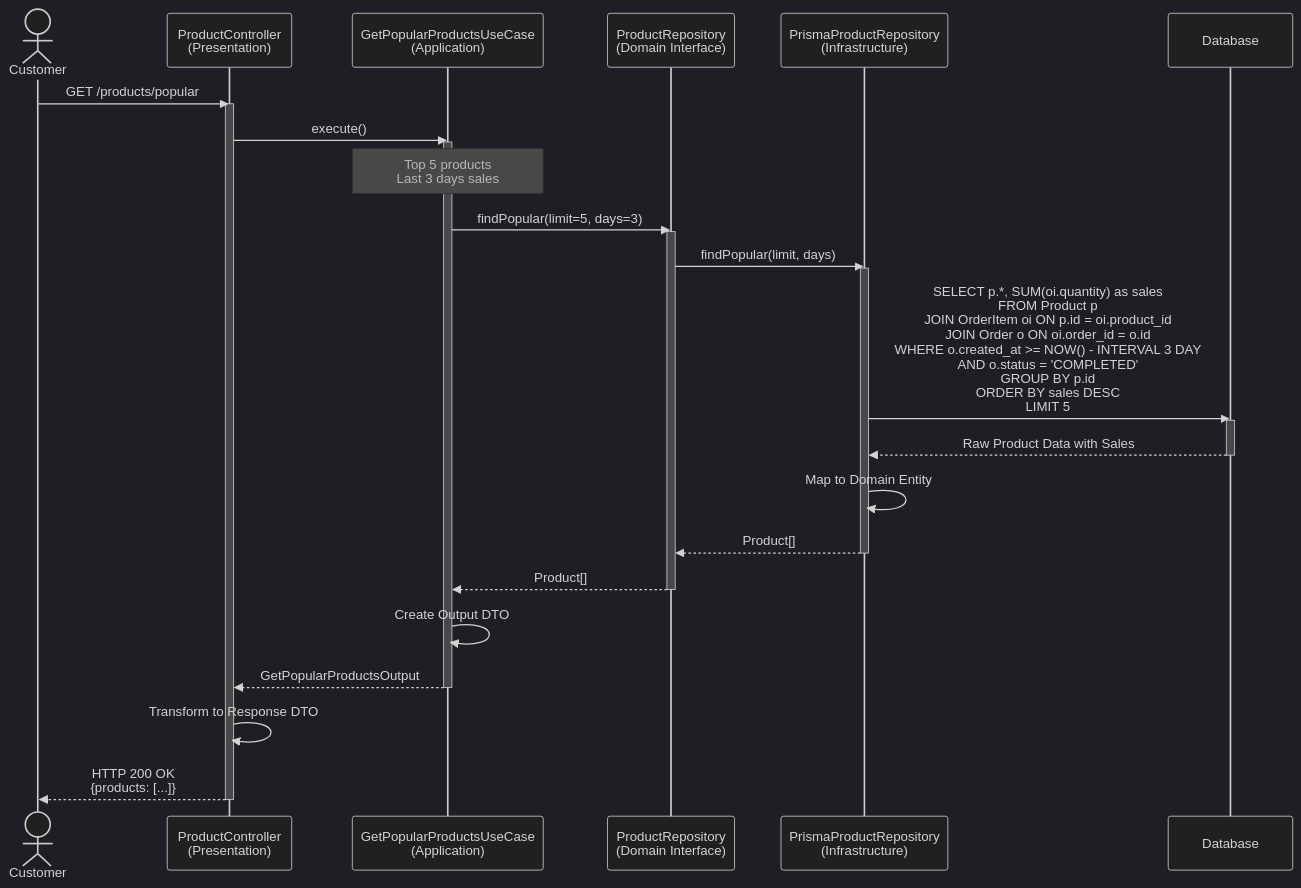
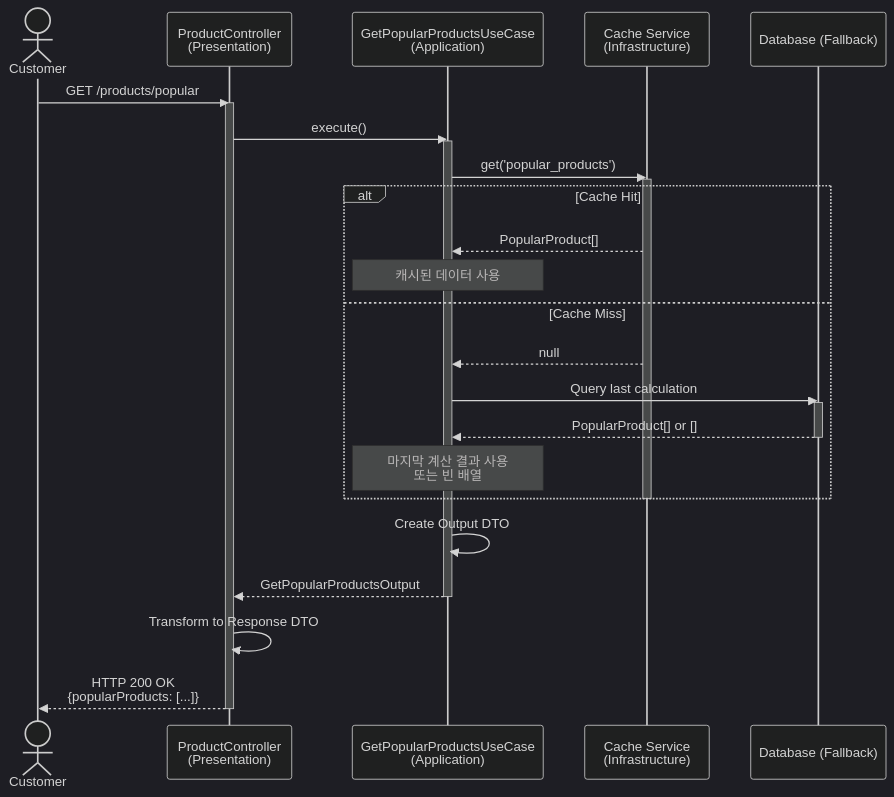
One commit to ywj3493/hhplus-e-commerce changed the third of 5 diagrams in docs/dev/dashboard/product/sequence-diagrams.md. Above: the diagram before and after it, drawn with Mermaid (dark theme). The commit also changed other lines of this file and 2 other files, not shown here.

First line of the commit message:
docs: update product domain documentation for Issue #007

````diff
--- a/docs/dev/dashboard/product/sequence-diagrams.md
+++ b/docs/dev/dashboard/product/sequence-diagrams.md
@@ -655,42 +503,38 @@
 ```mermaid
 sequenceDiagram
     actor Customer
     participant Controller as ProductController<br/>(Presentation)
     participant UseCase as GetPopularProductsUseCase<br/>(Application)
-    participant Repository as ProductRepository<br/>(Domain Interface)
-    participant RepositoryImpl as PrismaProductRepository<br/>(Infrastructure)
-    participant DB as Database
+    participant Cache as Cache Service<br/>(Infrastructure)
+    participant DB as Database (Fallback)
 
     Customer->>Controller: GET /products/popular
     activate Controller
 
     Controller->>UseCase: execute()
     activate UseCase
-    Note over UseCase: Top 5 products<br/>Last 3 days sales
 
-    UseCase->>Repository: findPopular(limit=5, days=3)
-    activate Repository
+    UseCase->>Cache: get('popular_products')
+    activate Cache
 
-    Repository->>RepositoryImpl: findPopular(limit, days)
-    activate RepositoryImpl
-
-    RepositoryImpl->>DB: SELECT p.*, SUM(oi.quantity) as sales<br/>FROM Product p<br/>JOIN OrderItem oi ON p.id = oi.product_id<br/>JOIN Order o ON oi.order_id = o.id<br/>WHERE o.created_at >= NOW() - INTERVAL 3 DAY<br/>AND o.status = 'COMPLETED'<br/>GROUP BY p.id<br/>ORDER BY sales DESC<br/>LIMIT 5
-    activate DB
-    DB-->>RepositoryImpl: Raw Product Data with Sales
-    deactivate DB
-
-    RepositoryImpl->>RepositoryImpl: Map to Domain Entity
-    RepositoryImpl-->>Repository: Product[]
-    deactivate RepositoryImpl
-
-    Repository-->>UseCase: Product[]
-    deactivate Repository
+    alt Cache Hit
+        Cache-->>UseCase: PopularProduct[]
+        Note over UseCase: 캐시된 데이터 사용
+    else Cache Miss
+        Cache-->>UseCase: null
+        UseCase->>DB: Query last calculation
+        activate DB
+        DB-->>UseCase: PopularProduct[] or []
+        deactivate DB
+        Note over UseCase: 마지막 계산 결과 사용<br/>또는 빈 배열
+    end
+    deactivate Cache
 
     UseCase->>UseCase: Create Output DTO
     UseCase-->>Controller: GetPopularProductsOutput
     deactivate UseCase
 
     Controller->>Controller: Transform to Response DTO
-    Controller-->>Customer: HTTP 200 OK<br/>{products: [...]}
+    Controller-->>Customer: HTTP 200 OK<br/>{popularProducts: [...]}
     deactivate Controller
 ```
````
